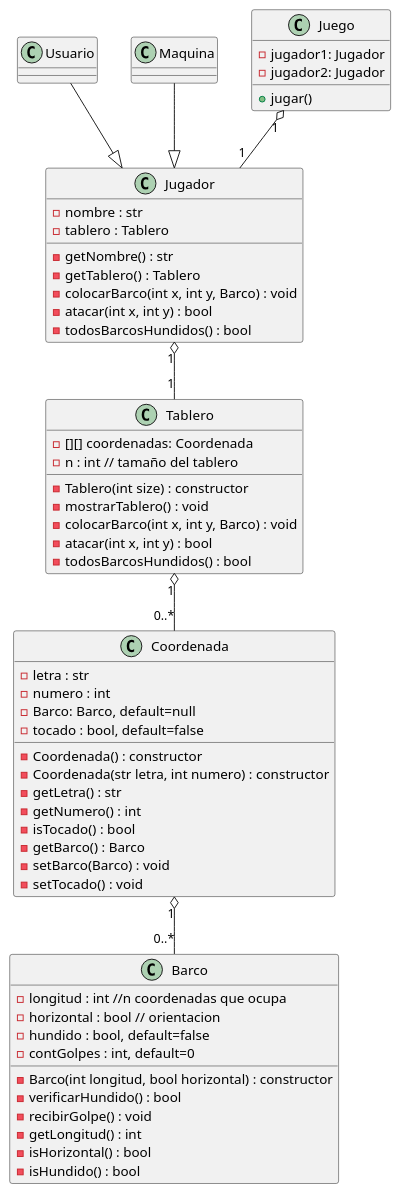
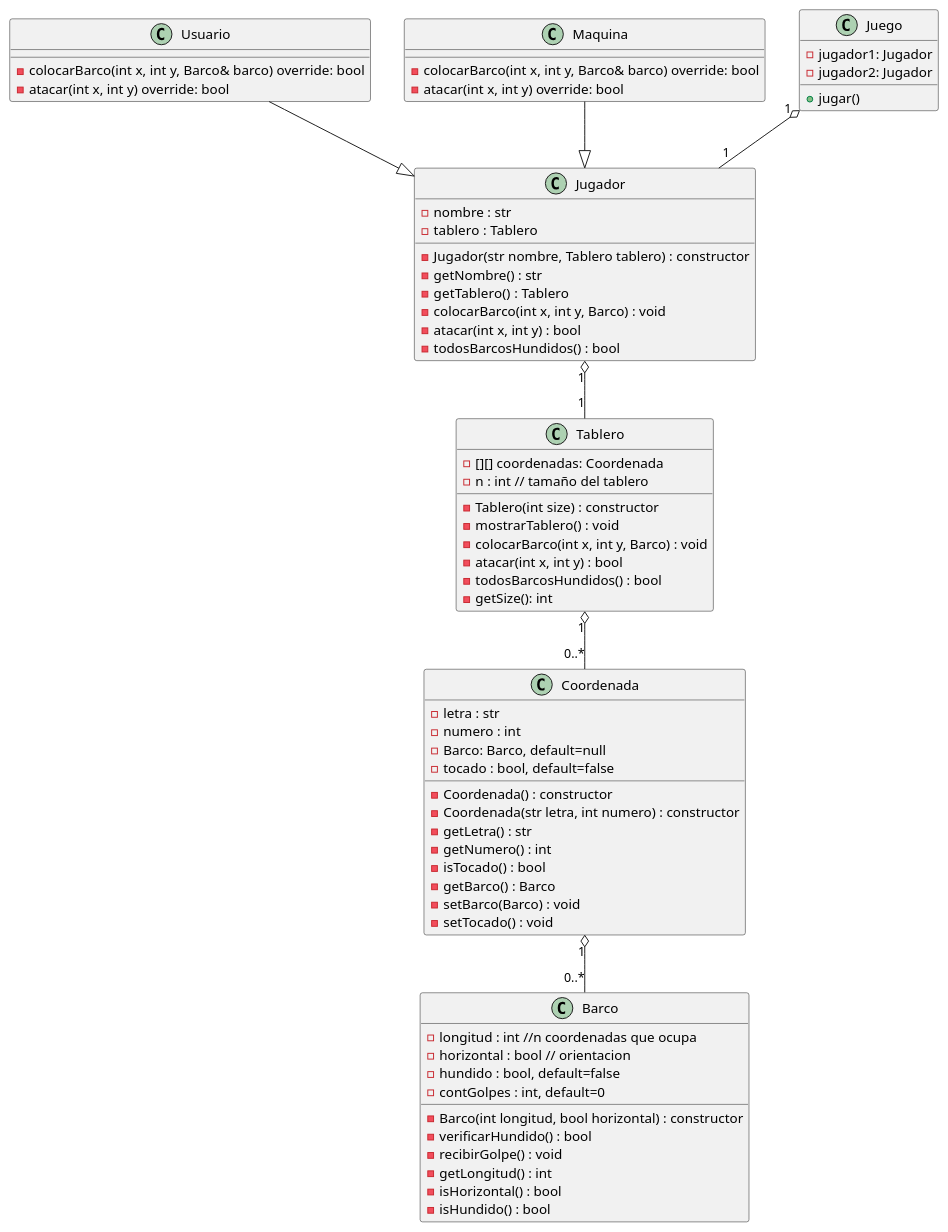
Before and after one commit to santiago6124/ProyectoFinalProg2: the diagram in docs/diagram_v-review.wsd, drawn with PlantUML. The commit also changed 1 other file, not shown here.

```diff
--- a/docs/diagram_v-review.wsd
+++ b/docs/diagram_v-review.wsd
@@ -1,96 +1,104 @@
 @startuml
 
 class Tablero {
     - [][] coordenadas: Coordenada
     - n : int // tamaño del tablero
     - Tablero(int size) : constructor
         '   -> inicializa objetos Coordenada en coordenadas
     - mostrarTablero() : void
         '   -> mostrarTablero: imprime el tablero, validando: coord.getBarco(), coord.isTocado()
     - colocarBarco(int x, int y, Barco) : void
         '   -> Coordenas.setBarco, ¿¿¿ barco.agregarCoordenada ???
     - atacar(int x, int y) : bool
         '   -> Coordenas.setBarco, coord.setTocado(true), coord.getBarco()->recibirGolpe()
     - todosBarcosHundidos() : bool
         '   -> return all barco.isHundido()
+    - getSize(): int
+        '   -> return n
 }
 
 class Coordenada {
     - letra : str
     - numero : int
     - Barco: Barco, default=null
     - tocado : bool, default=false
     - Coordenada() : constructor
         '   
     - Coordenada(str letra, int numero) : constructor
         '   -> letra_, numero_
     - getLetra() : str
         '   -> return letra
     - getNumero() : int
         '   -> return numero
     - isTocado() : bool
         '   -> return tocado
     - getBarco() : Barco
         '   -> return barco
     - setBarco(Barco) : void
         '   -> this->barco = barco
     - setTocado() : void
         '   -> this->tocado = tocado
 }
 
 Tablero "1" o-- "0..*" Coordenada
 
 class Barco {
     - longitud : int //n coordenadas que ocupa
     - horizontal : bool // orientacion
     - hundido : bool, default=false
     - contGolpes : int, default=0
     - Barco(int longitud, bool horizontal) : constructor
         '   -> longitud_, horizontal_
     - verificarHundido() : bool
         '   -> return contGolpes == longitud
     - recibirGolpe() : void
         '   -> contGolpes++, validar si hundido asignar = true
     - getLongitud() : int
         '   -> return longitud
     - isHorizontal() : bool
         '   -> return horizontal
     - isHundido() : bool
         '   -> return hundido
 
 }
 
 Coordenada "1" o-- "0..*" Barco
 
 class Jugador {
     - nombre : str
     - tablero : Tablero
     ' - [] barcos : Barco
     ' - [] disparos : Coordenada
+    - Jugador(str nombre, Tablero tablero) : constructor
+        '   -> nombre_, tablero_
     - getNombre() : str
     - getTablero() : Tablero
     - colocarBarco(int x, int y, Barco) : void
     - atacar(int x, int y) : bool
     - todosBarcosHundidos() : bool
 }
 
 class Usuario {
+    - colocarBarco(int x, int y, Barco& barco) override: bool
+    - atacar(int x, int y) override: bool
 }
 
 class Maquina {
+    - colocarBarco(int x, int y, Barco& barco) override: bool
+    - atacar(int x, int y) override: bool
 }
 
 Usuario --|> Jugador
 Maquina --|> Jugador
 
 Jugador "1" o-- "1" Tablero
 
 class Juego {
     - jugador1: Jugador
     - jugador2: Jugador
     + jugar()
 }
 
 Juego "1" o-- "1" Jugador
 
 @enduml
```
